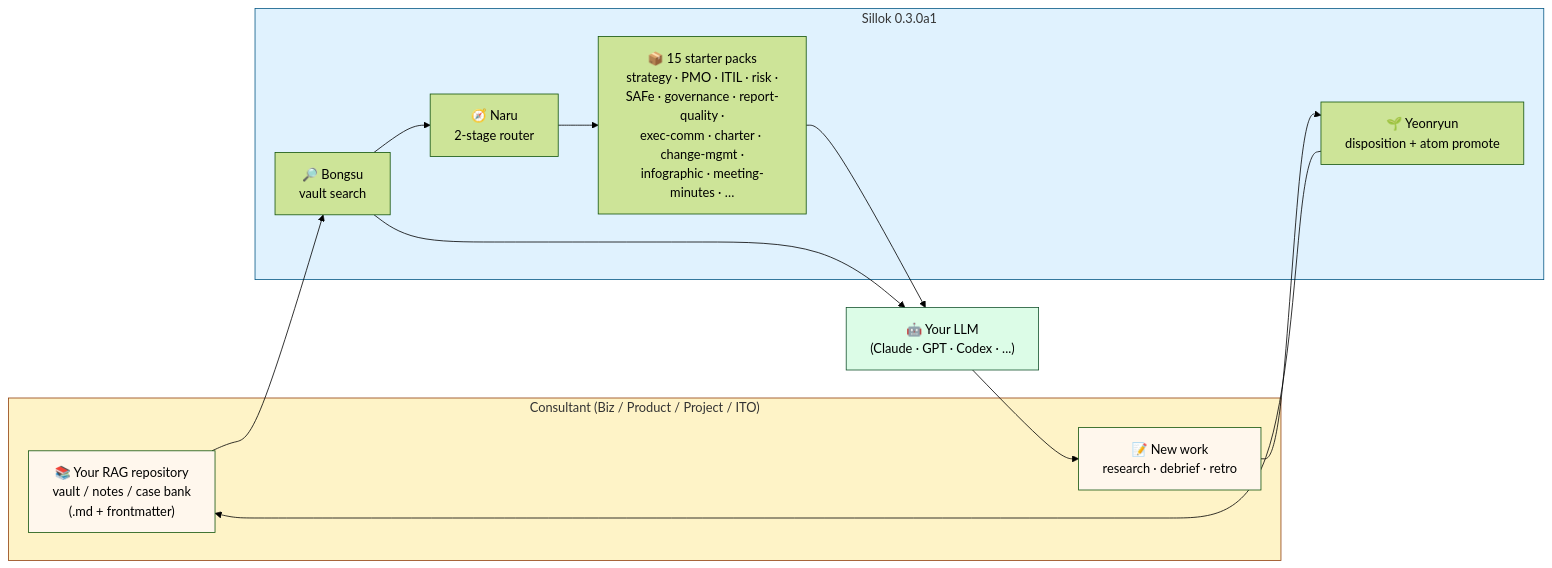
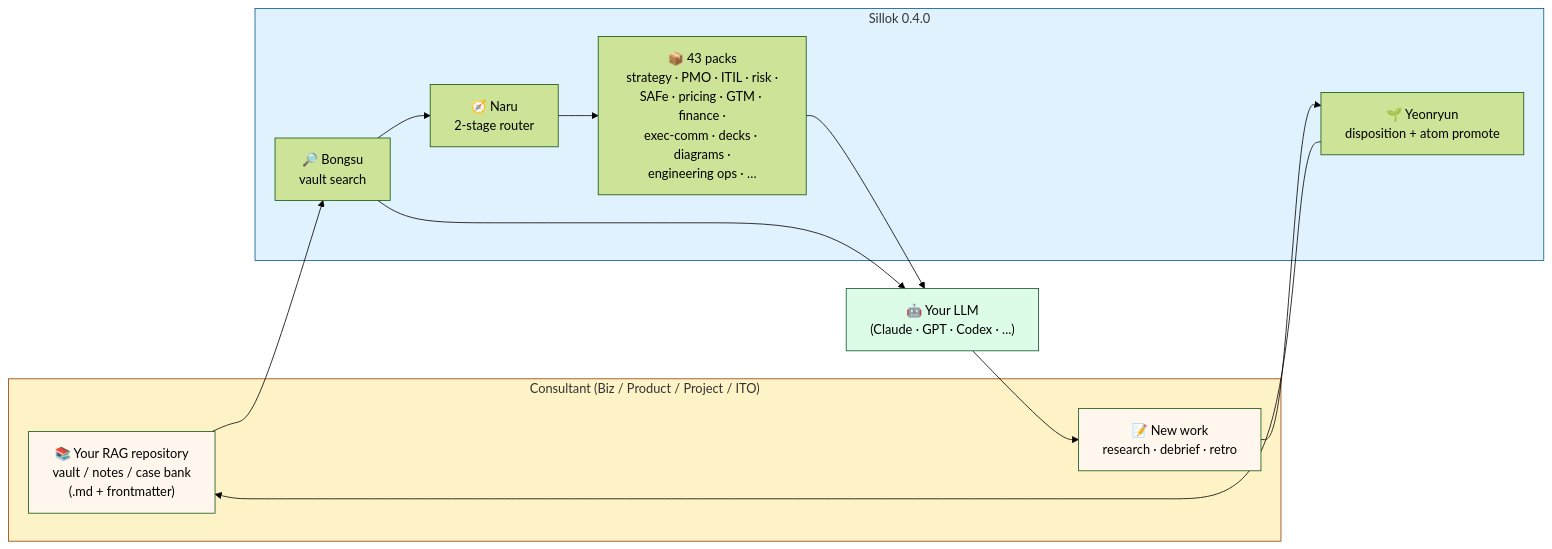
The first of 2 diagrams in README.md (sillok-os/sillok), drawn with Mermaid (forest theme) before and after one commit. The commit also changed other lines of this file and 8 other files, not shown here.

````diff
--- a/README.md
+++ b/README.md
@@ -50,31 +55,31 @@
 ```mermaid
 flowchart LR
     subgraph YOU["Consultant (Biz / Product / Project / ITO)"]
         VAULT["📚 Your RAG repository<br/>vault / notes / case bank<br/>(.md + frontmatter)"]
         WORK["📝 New work<br/>research · debrief · retro"]
     end
 
-    subgraph SILLOK["Sillok 0.3.0a1"]
-        PACKS["📦 15 starter packs<br/>strategy · PMO · ITIL · risk ·<br/>SAFe · governance · report-quality ·<br/>exec-comm · charter · change-mgmt ·<br/>infographic · meeting-minutes · …"]
+    subgraph SILLOK["Sillok 0.4.0"]
+        PACKS["📦 43 packs<br/>strategy · PMO · ITIL · risk ·<br/>SAFe · pricing · GTM · finance ·<br/>exec-comm · decks · diagrams ·<br/>engineering ops · …"]
         ROUTER["🧭 Naru<br/>2-stage router"]
         SEARCH["🔎 Bongsu<br/>vault search"]
         PROMOTE["🌱 Yeonryun<br/>disposition + atom promote"]
     end
 
     LLM["🤖 Your LLM<br/>(Claude · GPT · Codex · ...)"]
 
     VAULT --> SEARCH
     SEARCH --> ROUTER
     ROUTER --> PACKS
     PACKS --> LLM
     SEARCH --> LLM
     LLM --> WORK
     WORK --> PROMOTE
     PROMOTE --> VAULT
 
     style YOU fill:#fef3c7,stroke:#92400e
     style SILLOK fill:#e0f2fe,stroke:#075985
     style VAULT fill:#fff7ed
     style WORK fill:#fff7ed
     style LLM fill:#dcfce7,stroke:#14532d
 ```
````
